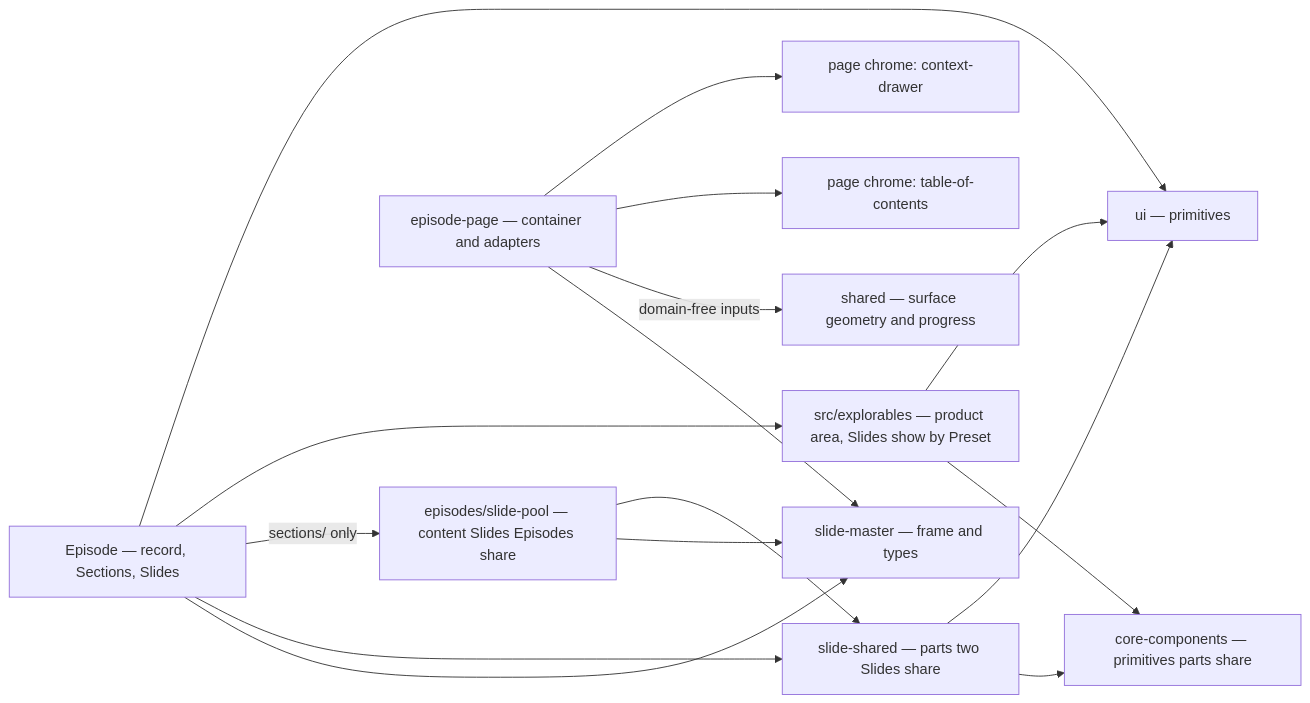
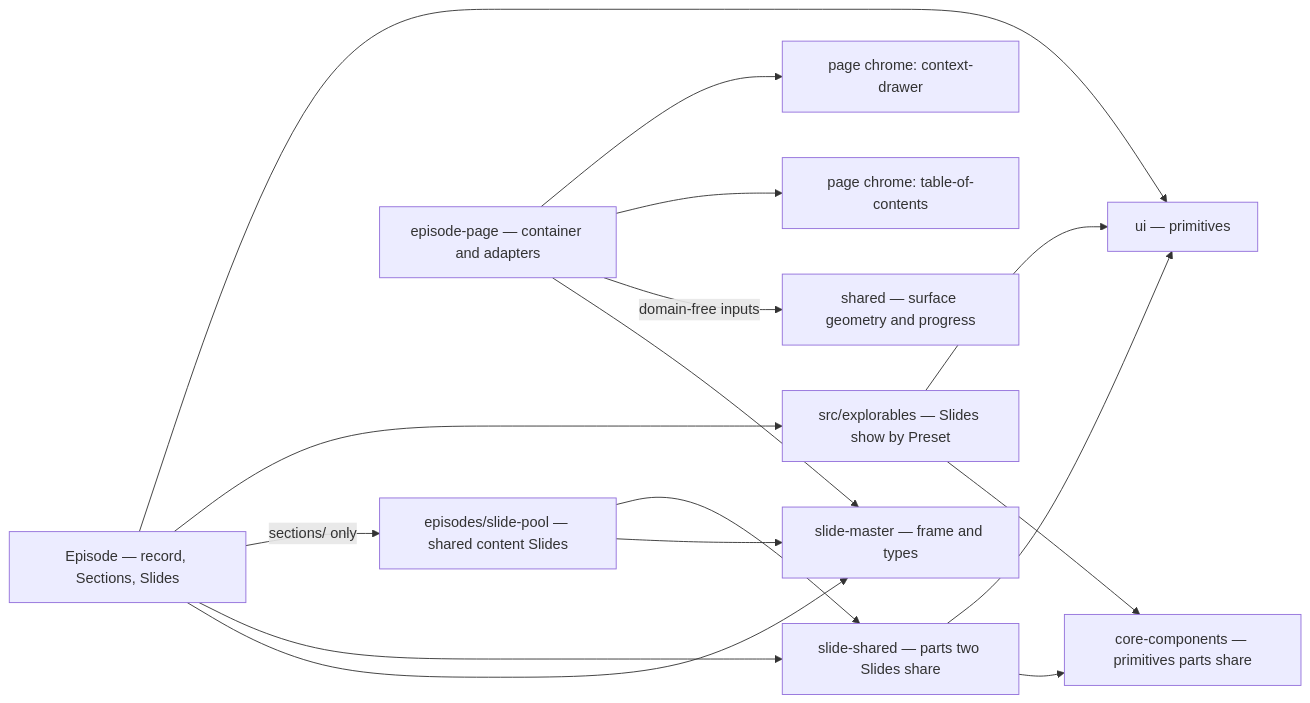
One commit to hancrafted/content-library changed the second of 5 diagrams in .archgate/adrs/FE-004-slide-architecture.md. Above: the diagram before and after it, drawn with Mermaid. The commit also changed other lines of this file and 8 other files, not shown here.

````diff
--- a/.archgate/adrs/FE-004-slide-architecture.md
+++ b/.archgate/adrs/FE-004-slide-architecture.md
@@ -54,18 +54,18 @@
 ```mermaid
 flowchart LR
   ep["Episode — record, Sections, Slides"] --> master["slide-master — frame and types"]
   ep --> shared["slide-shared — parts two Slides share"]
-  ep -- "sections/ only" --> pool["episodes/slide-pool — content Slides Episodes share"]
+  ep -- "sections/ only" --> pool["episodes/slide-pool — shared content Slides"]
   pool --> master
   pool --> shared
-  ep --> explain["src/explorables — product area, Slides show by Preset"]
+  ep --> explain["src/explorables — Slides show by Preset"]
   explain --> core["core-components — primitives parts share"]
   explain --> ui
   shared --> core
   ep --> ui["ui — primitives"]
   shared --> ui
   container["episode-page — container and adapters"] --> master
   container -- "domain-free inputs" --> clock["shared — surface geometry and progress"]
   container --> toc["page chrome: table-of-contents"]
   container --> drawer["page chrome: context-drawer"]
 ```
````
